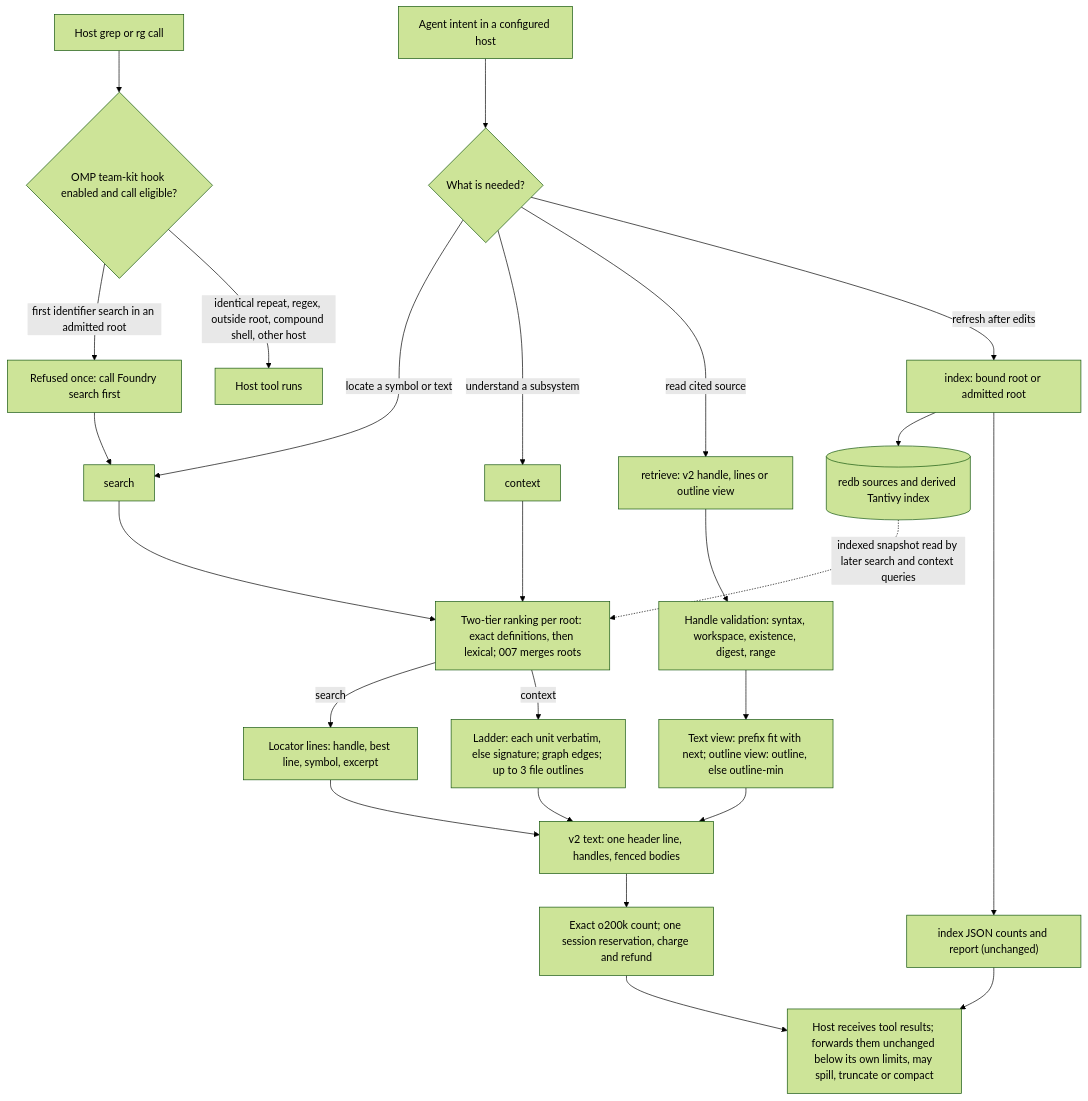
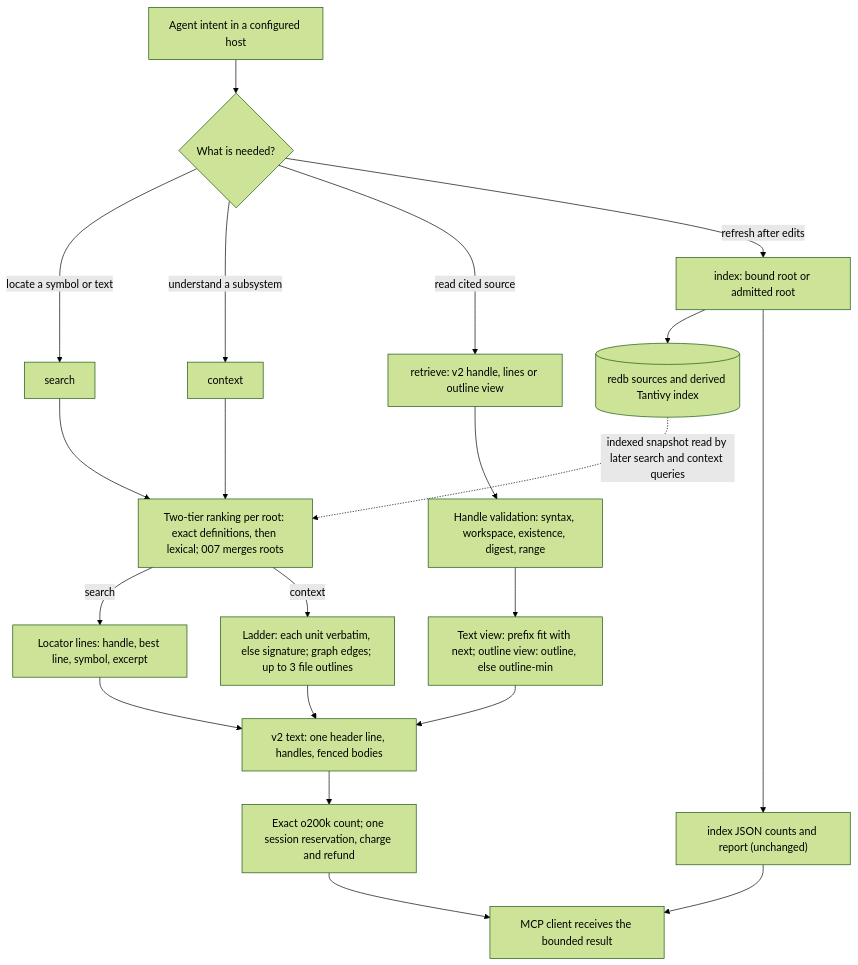
Before and after one commit to dwbimstr/context-foundry: the second of 3 diagrams in docs/architecture.md, drawn with Mermaid (forest theme). The commit also changed other lines of this file and 3 other files, not shown here.

````diff
--- a/docs/architecture.md
+++ b/docs/architecture.md
@@ -180,27 +192,23 @@
 ```mermaid
 flowchart TD
     Intent["Agent intent in a configured host"] --> Need{"What is needed?"}
     Need -- "locate a symbol or text" --> Search["search"]
     Need -- "understand a subsystem" --> Context["context"]
     Need -- "read cited source" --> Retrieve["retrieve: v2 handle, lines or outline view"]
     Need -- "refresh after edits" --> Index["index: bound root or admitted root"]
-    Grep["Host grep or rg call"] --> Hook{"OMP team-kit hook enabled and call eligible?"}
-    Hook -- "first identifier search in an admitted root" --> Refused["Refused once: call Foundry search first"]
-    Refused --> Search
-    Hook -- "identical repeat, regex, outside root, compound shell, other host" --> HostTool["Host tool runs"]
     Index --> Store[("redb sources and derived Tantivy index")]
     Index --> Report["index JSON counts and report (unchanged)"]
     Store -. "indexed snapshot read by later search and context queries" .-> Rank
     Search --> Rank["Two-tier ranking per root: exact definitions, then lexical; 007 merges roots"]
     Context --> Rank
     Rank -- "search" --> Locators["Locator lines: handle, best line, symbol, excerpt"]
     Rank -- "context" --> Ladder["Ladder: each unit verbatim, else signature; graph edges; up to 3 file outlines"]
     Retrieve --> Validate["Handle validation: syntax, workspace, existence, digest, range"]
     Validate --> Views["Text view: prefix fit with next; outline view: outline, else outline-min"]
     Locators --> Wire["v2 text: one header line, handles, fenced bodies"]
     Ladder --> Wire
     Views --> Wire
     Wire --> Count["Exact o200k count; one session reservation, charge and refund"]
-    Count --> Host["Host receives tool results; forwards them unchanged below its own limits, may spill, truncate or compact"]
+    Count --> Host["MCP client receives the bounded result"]
     Report --> Host
 ```
````
